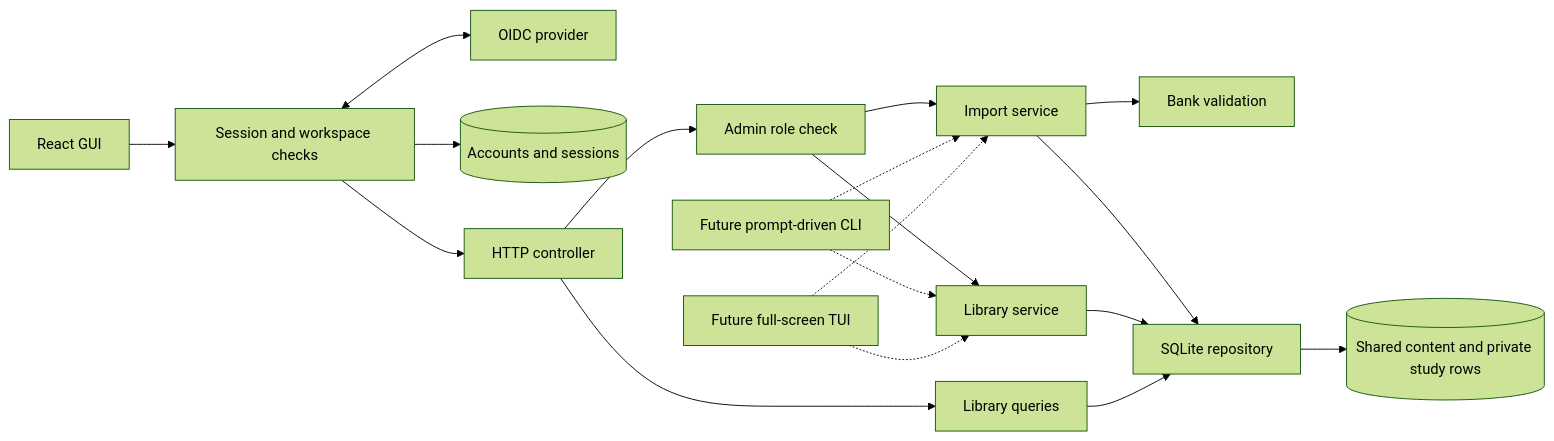
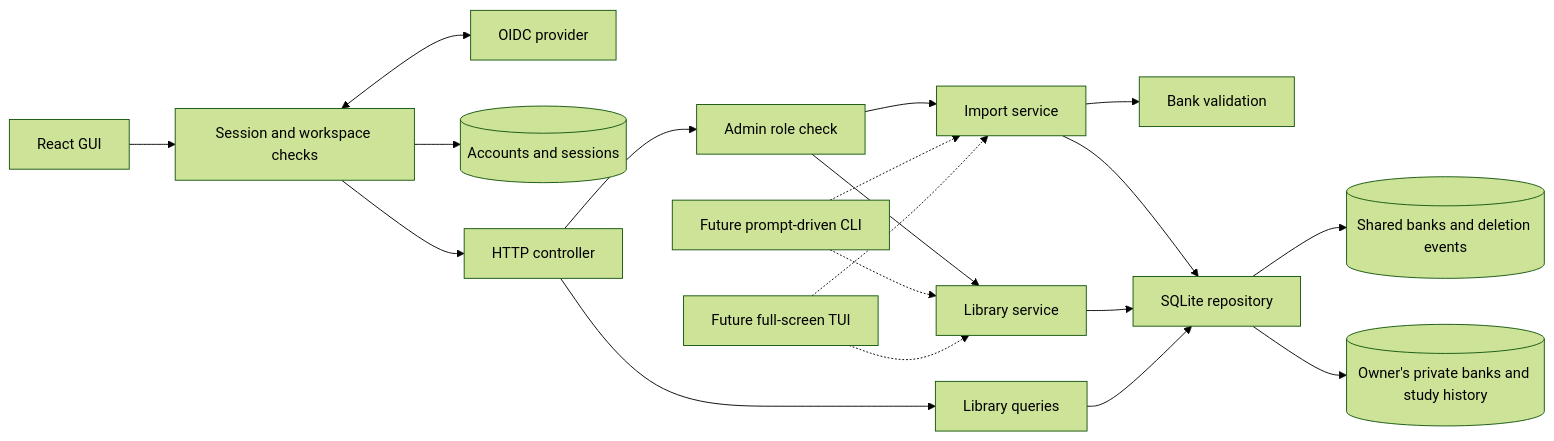
The diagram in docs/architecture.md (thomastickle/certification-study-tool), drawn with Mermaid (forest theme) before and after one commit. The commit also changed other lines of this file and 41 other files, not shown here.

First line of the commit message:
Add private user libraries and separate study databases

````diff
--- a/docs/architecture.md
+++ b/docs/architecture.md
@@ -7,20 +8,21 @@
 ```mermaid
 flowchart LR
   GUI[React GUI] --> Auth[Session and workspace checks]
   Auth <--> Provider[OIDC provider]
   Auth --> Accounts[(Accounts and sessions)]
   Auth --> HTTP[HTTP controller]
   HTTP --> Admin[Admin role check]
   Admin --> Import[Import service]
   Admin --> Library[Library service]
   HTTP --> Queries[Library queries]
   Import --> Validation[Bank validation]
   Import --> Repo[SQLite repository]
   Library --> Repo
   Queries --> Repo
-  Repo --> DB[(Shared content and private study rows)]
+  Repo --> DB[(Shared banks and deletion events)]
+  Repo --> Private[(Owner's private banks and study history)]
   CLI[Future prompt-driven CLI] -.-> Import
   CLI -.-> Library
   TUI[Future full-screen TUI] -.-> Import
   TUI -.-> Library
 ```
````
